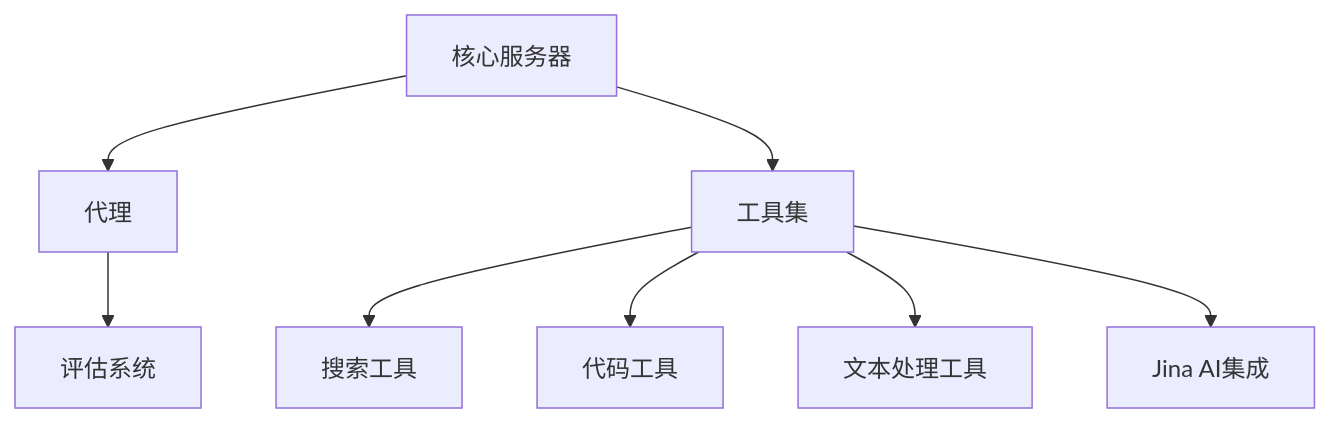
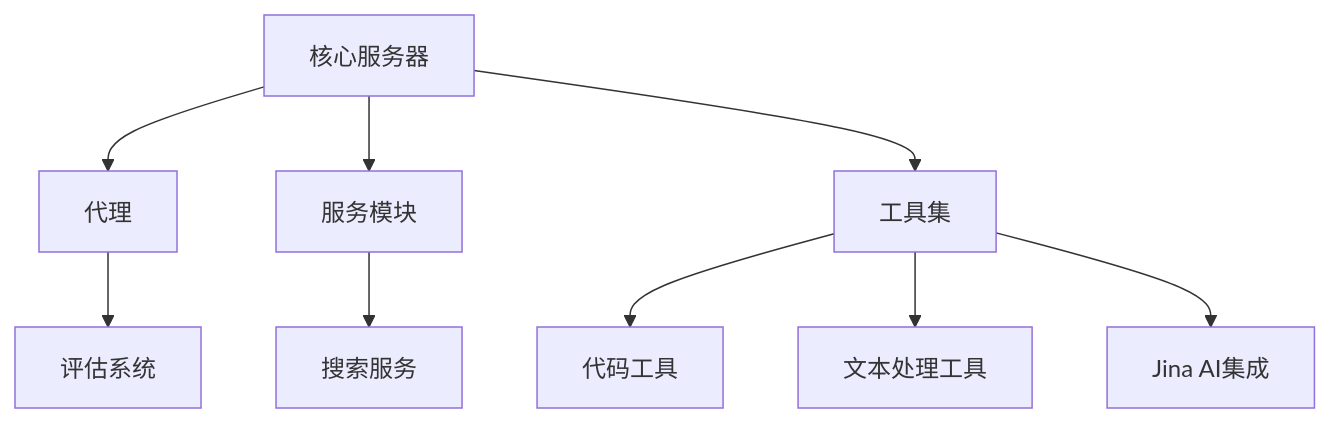
One commit to Reamd7/node-DeepResearch changed the diagram in cline_docs/system_manifest.md. Above: the diagram before and after it, drawn with Mermaid. The commit also changed other lines of this file and 39 other files, not shown here.

````diff
--- a/cline_docs/system_manifest.md
+++ b/cline_docs/system_manifest.md
@@ -11,10 +11,11 @@
 ```mermaid
 flowchart TD
     A[核心服务器] --> B[代理]
-    A --> C[工具集]
-    B --> D[评估系统]
-    C --> E[搜索工具]
-    C --> F[代码工具]
-    C --> G[文本处理工具]
-    C --> H[Jina AI集成]
+    A --> C[服务模块]
+    A --> D[工具集]
+    B --> E[评估系统]
+    C --> F[搜索服务]
+    D --> G[代码工具]
+    D --> H[文本处理工具]
+    D --> I[Jina AI集成]
 ```
````
